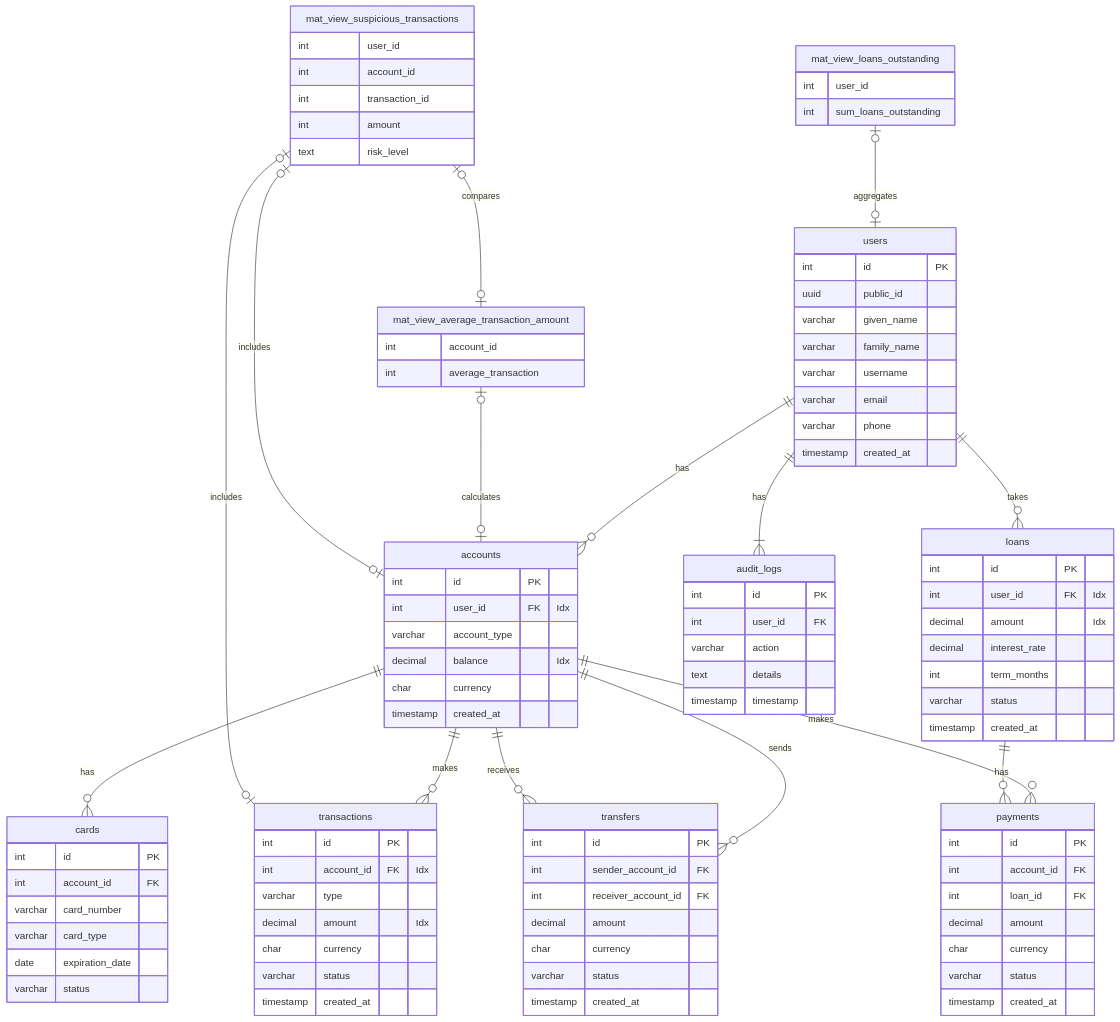
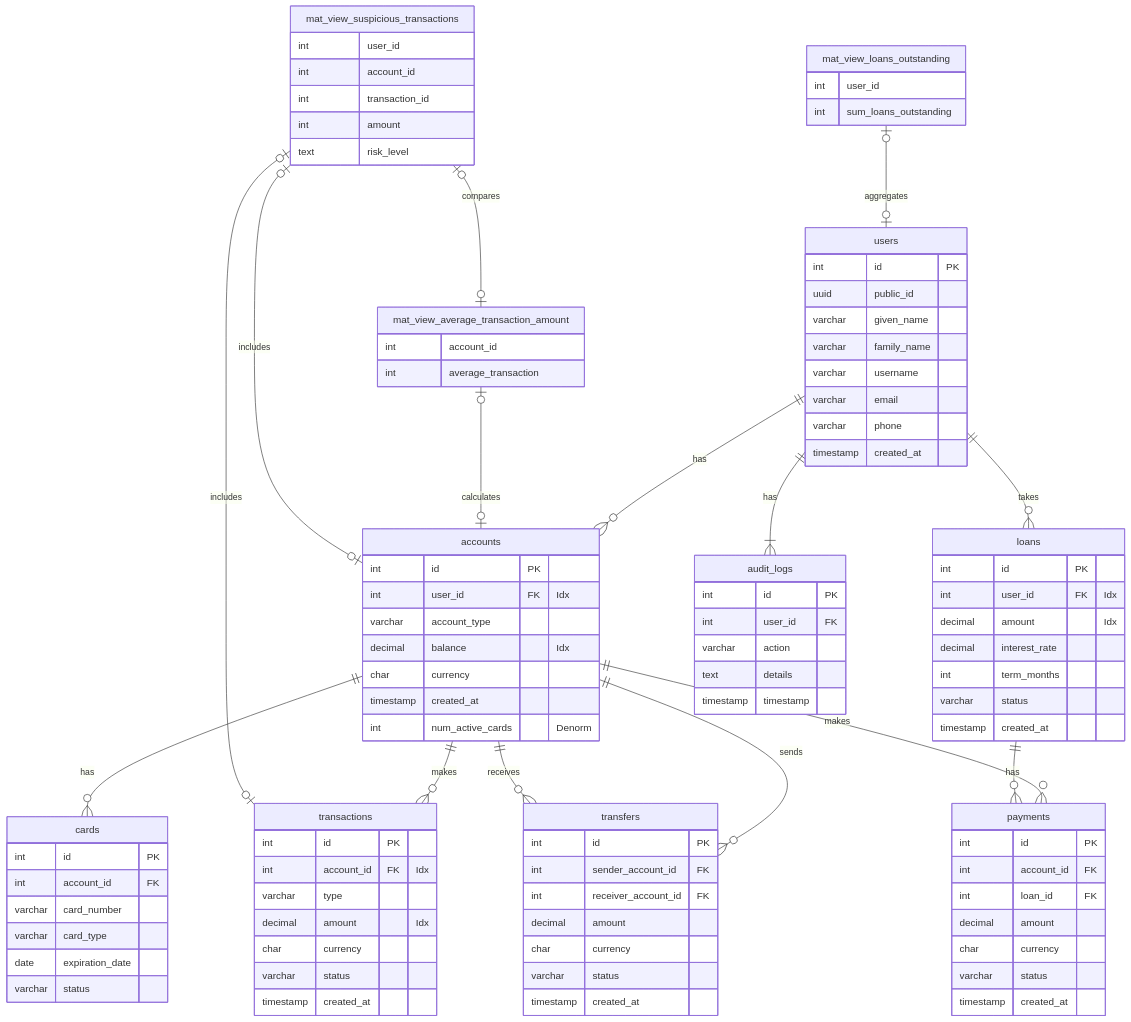
One commit to W-E-Robinson/sql-optimisation-and-caching-experimentation changed the diagram in README.md. Above: the diagram before and after it, drawn with Mermaid. The commit also changed 1 other file, not shown here.

Commit message:
feat: added denormalisation for num cards on an account

```diff
--- a/README.md
+++ b/README.md
@@ -39,6 +39,7 @@
         decimal balance "Idx"
         char currency
         timestamp created_at
+        int num_active_cards "Denorm"
     }
 
     cards {
```
